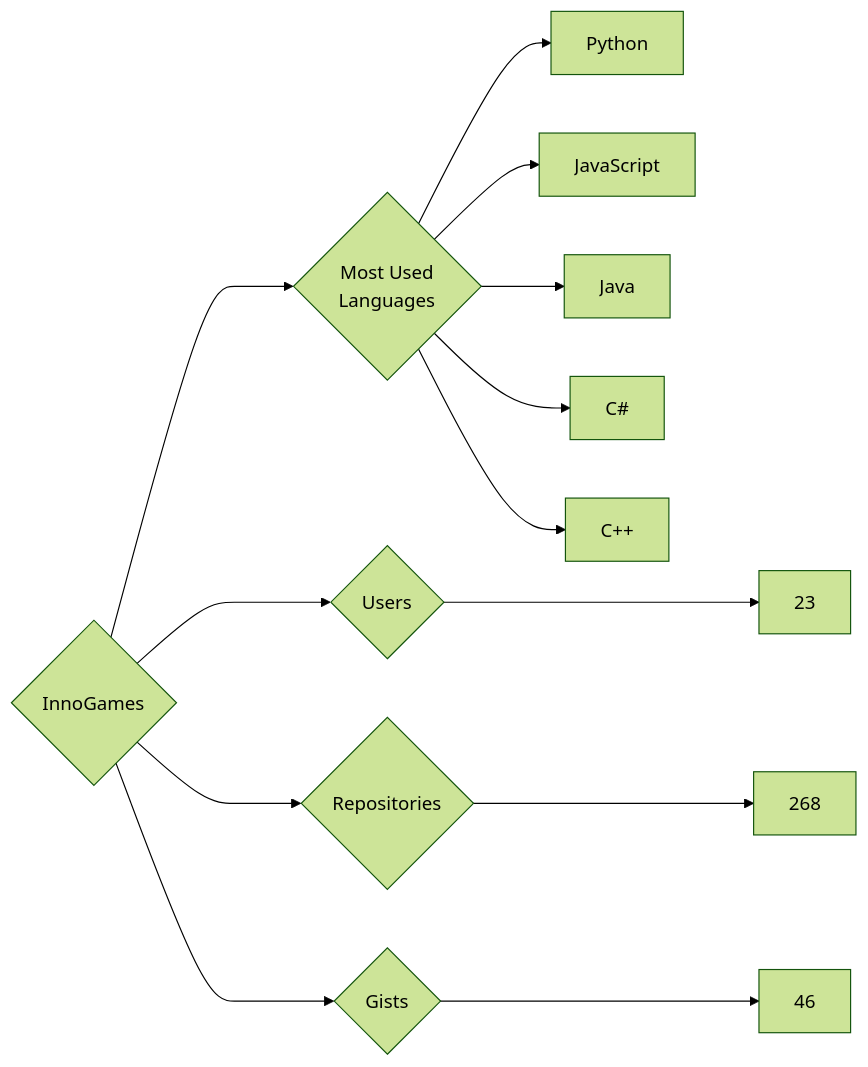
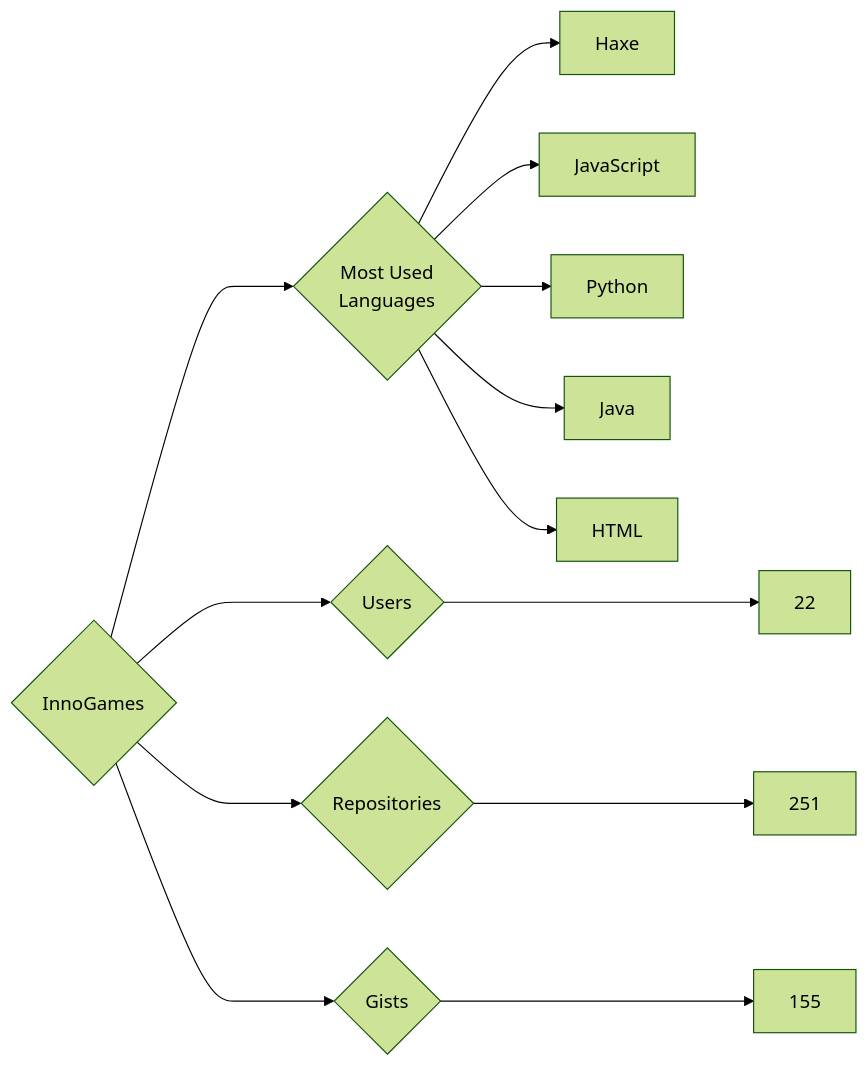
Before and after one commit to trickest/insiders: the diagram in targets/InnoGames/README.md, drawn with Mermaid (forest theme). The commit also changed 888 other files, not shown here.

````diff
--- a/targets/InnoGames/README.md
+++ b/targets/InnoGames/README.md
@@ -3,13 +3,13 @@
 ```mermaid
 graph LR
 COMPANY_NAME{InnoGames}
-COMPANY_NAME ---> U{Users} ---> UN[23]
-COMPANY_NAME ---> R{Repositories} ---> RN[268]
-COMPANY_NAME ---> G{Gists} ---> GN[46]
+COMPANY_NAME ---> U{Users} ---> UN[22]
+COMPANY_NAME ---> R{Repositories} ---> RN[251]
+COMPANY_NAME ---> G{Gists} ---> GN[155]
 COMPANY_NAME ---> ML{Most Used<br>Languages}
+ML --> Haxe[Haxe]
+ML --> JavaScript[JavaScript]
 ML --> Python[Python]
-ML --> JavaScript[JavaScript]
 ML --> Java[Java]
-ML --> C#[C#]
-ML --> C++[C++]
+ML --> HTML[HTML]
 ```
````
